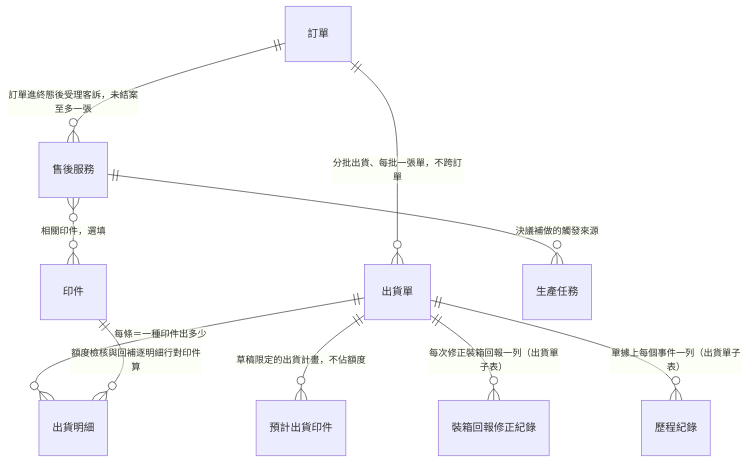
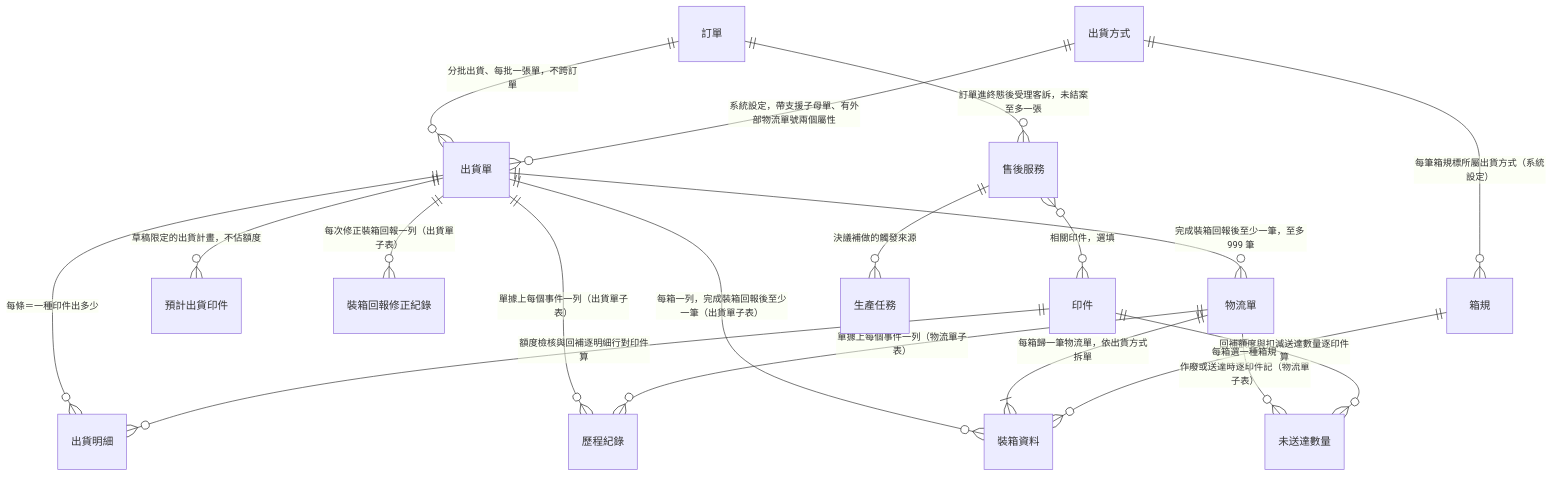
Before and after one commit to Kawato-Miles/erp-spec: the fifth of 9 diagrams in memory/Sens_wiki/wiki/erp/05-entities/ERP 資料結構總覽.md, drawn with Mermaid. The commit also changed other lines of this file and 29 other files, not shown here.

````diff
--- a/memory/Sens_wiki/wiki/erp/05-entities/ERP 資料結構總覽.md
+++ b/memory/Sens_wiki/wiki/erp/05-entities/ERP 資料結構總覽.md
@@ -174,12 +175,21 @@
 ```mermaid
 erDiagram
     "訂單" ||--o{ "出貨單" : "分批出貨、每批一張單，不跨訂單"
     "出貨單" ||--o{ "出貨明細" : "每條＝一種印件出多少"
     "印件" ||--o{ "出貨明細" : "額度檢核與回補逐明細行對印件算"
     "出貨單" ||--o{ "預計出貨印件" : "草稿限定的出貨計畫，不佔額度"
     "出貨單" ||--o{ "裝箱回報修正紀錄" : "每次修正裝箱回報一列（出貨單子表）"
     "出貨單" ||--o{ "歷程紀錄" : "單據上每個事件一列（出貨單子表）"
+    "出貨單" ||--o{ "裝箱資料" : "每箱一列，完成裝箱回報後至少一筆（出貨單子表）"
+    "出貨單" ||--o{ "物流單" : "完成裝箱回報後至少一筆，至多 999 筆"
+    "物流單" ||--|{ "裝箱資料" : "每箱歸一筆物流單，依出貨方式拆單"
+    "物流單" ||--o{ "未送達數量" : "作廢或送達時逐印件記（物流單子表）"
+    "印件" ||--o{ "未送達數量" : "回補額度與扣減送達數量逐印件算"
+    "物流單" ||--o{ "歷程紀錄" : "單據上每個事件一列（物流單子表）"
+    "出貨方式" ||--o{ "出貨單" : "系統設定，帶支援子母單、有外部物流單號兩個屬性"
+    "出貨方式" ||--o{ "箱規" : "每筆箱規標所屬出貨方式（系統設定）"
+    "箱規" ||--o{ "裝箱資料" : "每箱選一種箱規"
     "訂單" ||--o{ "售後服務" : "訂單進終態後受理客訴，未結案至多一張"
     "售後服務" }o--o{ "印件" : "相關印件，選填"
     "售後服務" ||--o{ "生產任務" : "決議補做的觸發來源"
 ```
````
